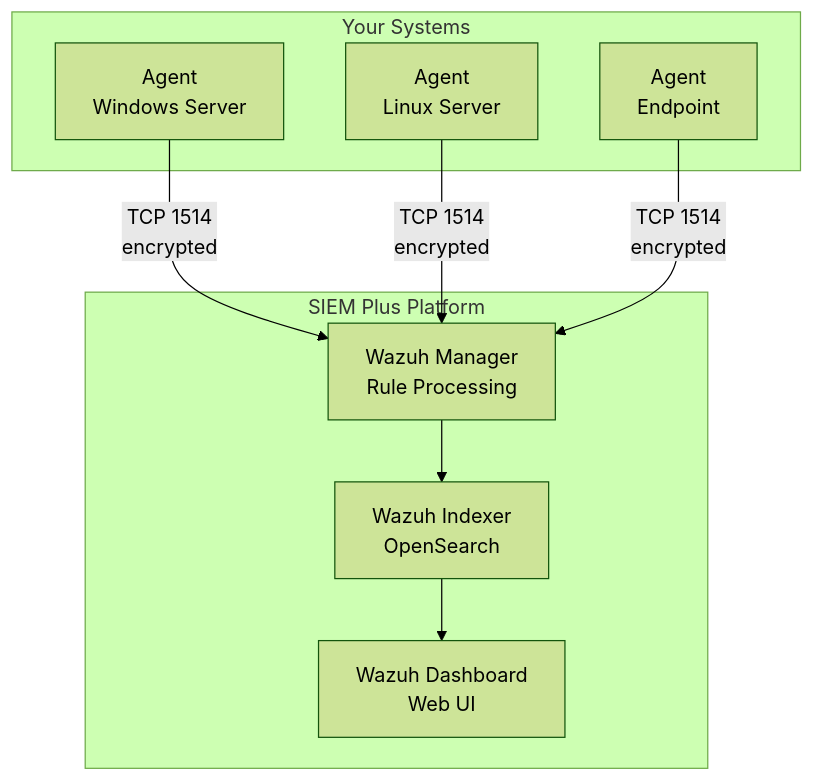
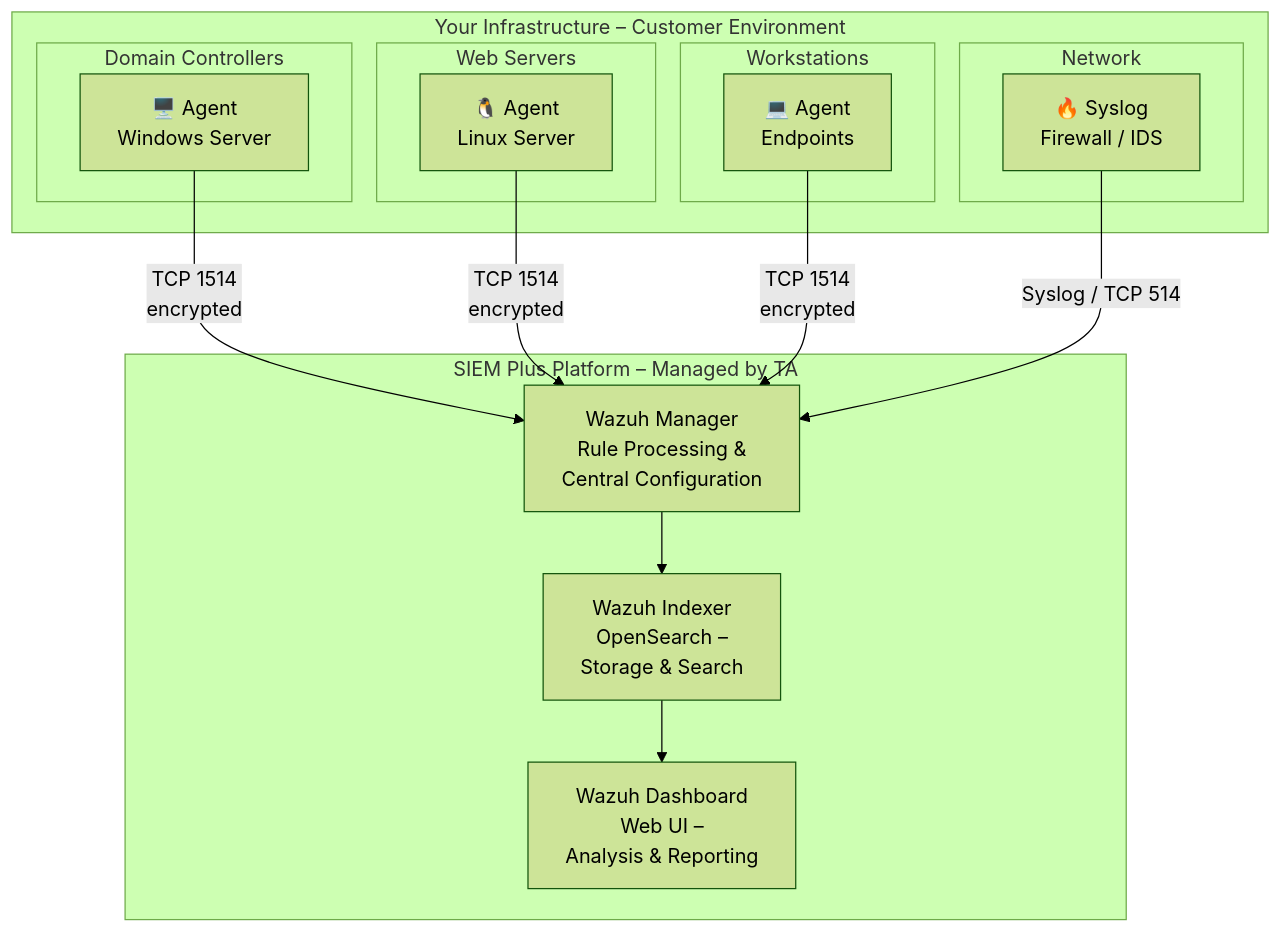
The first of 5 diagrams in docs/en/systems/siem-wazuh.md (tagmbh/TA-BTO), drawn with Mermaid (forest theme) before and after one commit. The commit also changed other lines of this file and 3 other files, not shown here.

First line of the commit message:
Expand Wazuh docs with Agent Groups, modules, and process flows

````diff
--- a/docs/en/systems/siem-wazuh.md
+++ b/docs/en/systems/siem-wazuh.md
@@ -85,18 +31,28 @@
 ```mermaid
 graph TB
-    subgraph "Your Systems"
-        A1[Agent<br/>Windows Server]
-        A2[Agent<br/>Linux Server]
-        A3[Agent<br/>Endpoint]
+    subgraph "Your Infrastructure – Customer Environment"
+        subgraph "Domain Controllers"
+            A1["🖥️ Agent<br/>Windows Server"]
+        end
+        subgraph "Web Servers"
+            A2["🐧 Agent<br/>Linux Server"]
+        end
+        subgraph "Workstations"
+            A3["💻 Agent<br/>Endpoints"]
+        end
+        subgraph "Network"
+            FW["🔥 Syslog<br/>Firewall / IDS"]
+        end
     end
 
-    subgraph "SIEM Plus Platform"
-        M[Wazuh Manager<br/>Rule Processing]
-        I[Wazuh Indexer<br/>OpenSearch]
-        D[Wazuh Dashboard<br/>Web UI]
+    subgraph "SIEM Plus Platform – Managed by TA"
+        M["Wazuh Manager<br/>Rule Processing &<br/>Central Configuration"]
+        I["Wazuh Indexer<br/>OpenSearch –<br/>Storage & Search"]
+        D["Wazuh Dashboard<br/>Web UI –<br/>Analysis & Reporting"]
     end
 
-    A1 & A2 & A3 -->|TCP 1514<br/>encrypted| M
+    A1 & A2 & A3 -->|"TCP 1514<br/>encrypted"| M
+    FW -->|"Syslog / TCP 514"| M
     M --> I
     I --> D
 ```
````
